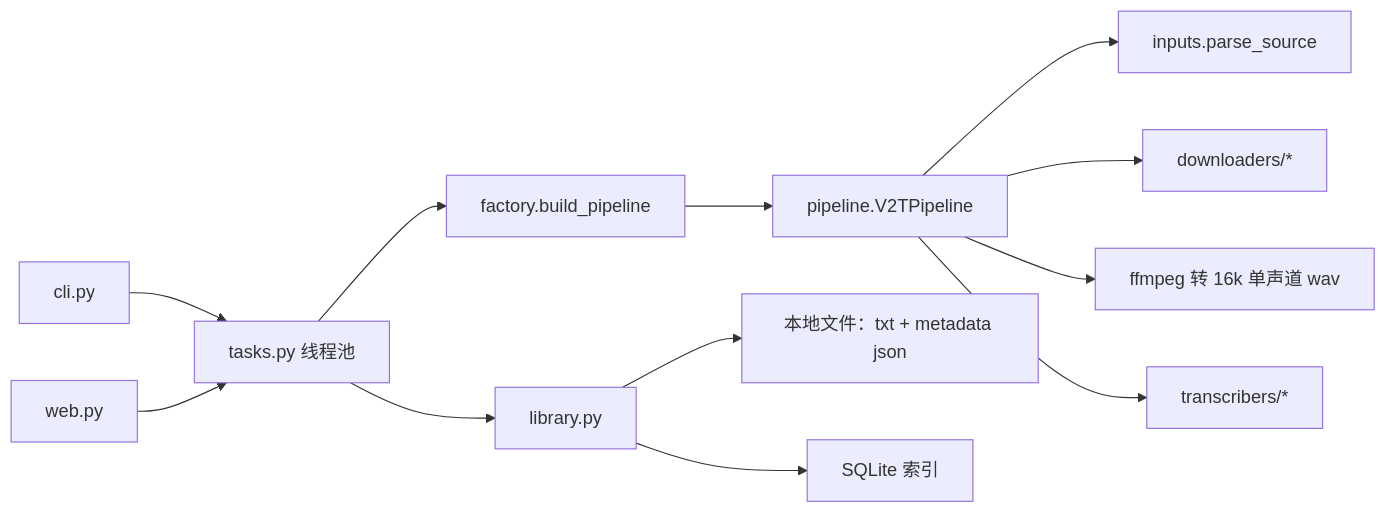
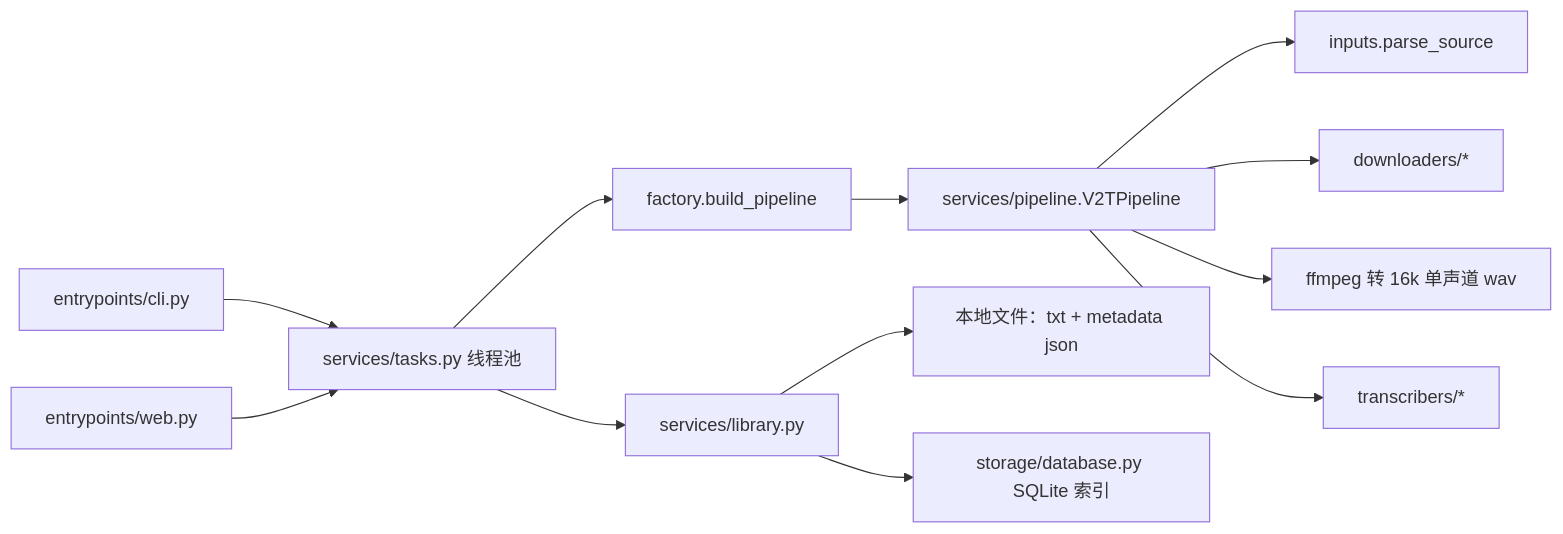
One commit to Jaxon1216/video2text changed the diagram in docs/architecture.md. Above: the diagram before and after it, drawn with Mermaid. The commit also changed other lines of this file and 31 other files, not shown here.

Commit message:
refactor: clarify entrypoint, service and storage boundaries

````diff
--- a/docs/architecture.md
+++ b/docs/architecture.md
@@ -7,14 +7,14 @@
 ```mermaid
 flowchart LR
-    CLI["cli.py"] --> TaskService
-    Web["web.py"] --> TaskService
-    TaskService["tasks.py 线程池"] --> Factory["factory.build_pipeline"]
-    Factory --> Pipeline["pipeline.V2TPipeline"]
+    CLI["entrypoints/cli.py"] --> TaskService
+    Web["entrypoints/web.py"] --> TaskService
+    TaskService["services/tasks.py 线程池"] --> Factory["factory.build_pipeline"]
+    Factory --> Pipeline["services/pipeline.V2TPipeline"]
     Pipeline --> Inputs["inputs.parse_source"]
     Pipeline --> Downloader["downloaders/*"]
     Pipeline --> FFmpeg["ffmpeg 转 16k 单声道 wav"]
     Pipeline --> Transcriber["transcribers/*"]
-    TaskService --> Library["library.py"]
+    TaskService --> Library["services/library.py"]
     Library --> Files["本地文件：txt + metadata json"]
-    Library --> DB["SQLite 索引"]
+    Library --> DB["storage/database.py SQLite 索引"]
 ```
````
